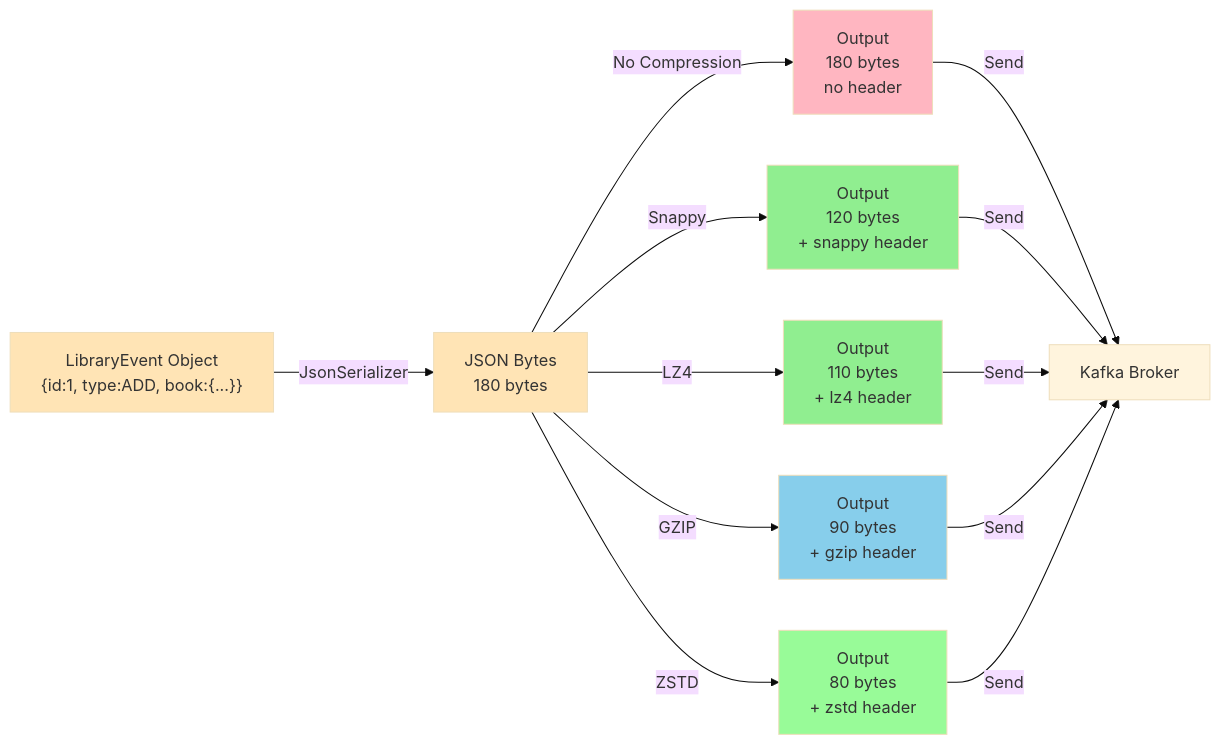
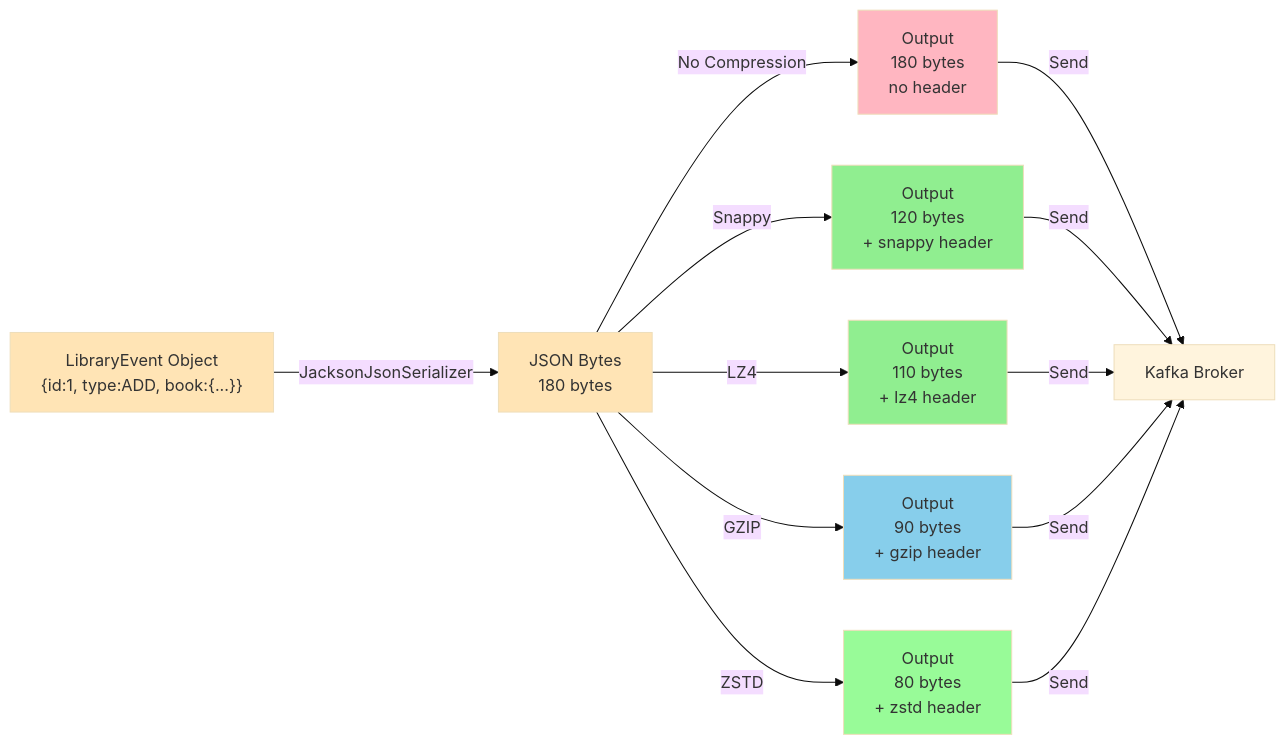
One commit to dilipsundarraj1/kafka-for-developers-using-spring-boot-v2 changed the eighth of 17 diagrams in library-events-producer-v2/docs/4_KAFKA_TEMPLATE_GUIDE.md. Above: the diagram before and after it, drawn with Mermaid (base theme). The commit also changed other lines of this file and 17 other files, not shown here.

````diff
--- a/library-events-producer-v2/docs/4_KAFKA_TEMPLATE_GUIDE.md
+++ b/library-events-producer-v2/docs/4_KAFKA_TEMPLATE_GUIDE.md
@@ -1595,24 +1595,24 @@
 ```mermaid
 graph LR
-    A["LibraryEvent Object<br/>{id:1, type:ADD, book:{...}}"] -->|JsonSerializer| B["JSON Bytes<br/>180 bytes"]
+    A["LibraryEvent Object<br/>{id:1, type:ADD, book:{...}}"] -->|JacksonJsonSerializer| B["JSON Bytes<br/>180 bytes"]
     B -->|No Compression| C1["Output<br/>180 bytes<br/>no header"]
 
     B -->|Snappy| C2["Output<br/>120 bytes<br/>+ snappy header"]
     B -->|LZ4| C3["Output<br/>110 bytes<br/>+ lz4 header"]
     B -->|GZIP| C4["Output<br/>90 bytes<br/>+ gzip header"]
     B -->|ZSTD| C5["Output<br/>80 bytes<br/>+ zstd header"]
 
     C1 -->|Send| D["Kafka Broker"]
     C2 -->|Send| D
     C3 -->|Send| D
     C4 -->|Send| D
     C5 -->|Send| D
 
     style A fill:#FFE4B5
     style B fill:#FFE4B5
     style C1 fill:#FFB6C1
     style C2 fill:#90EE90
     style C3 fill:#90EE90
     style C4 fill:#87CEEB
     style C5 fill:#98FB98
 ```
````
